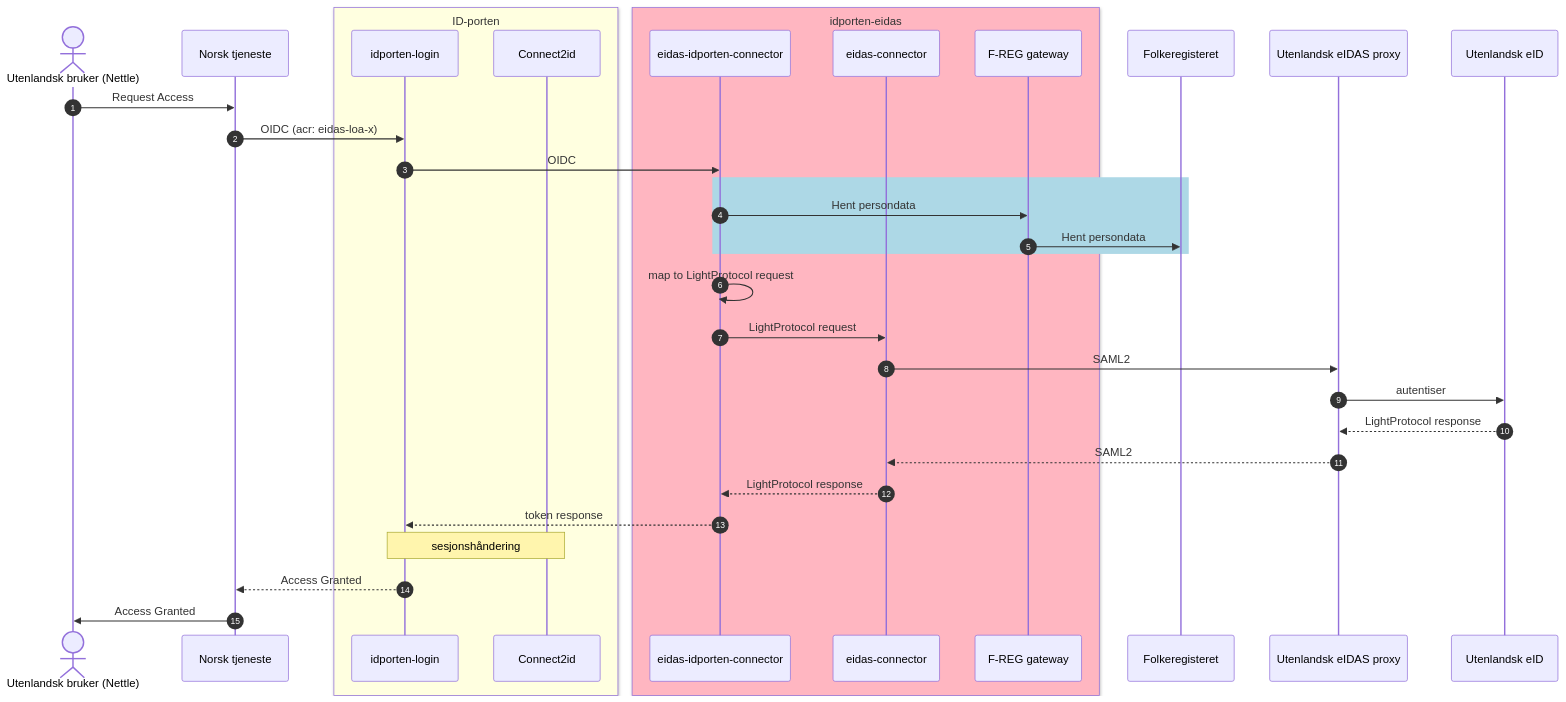
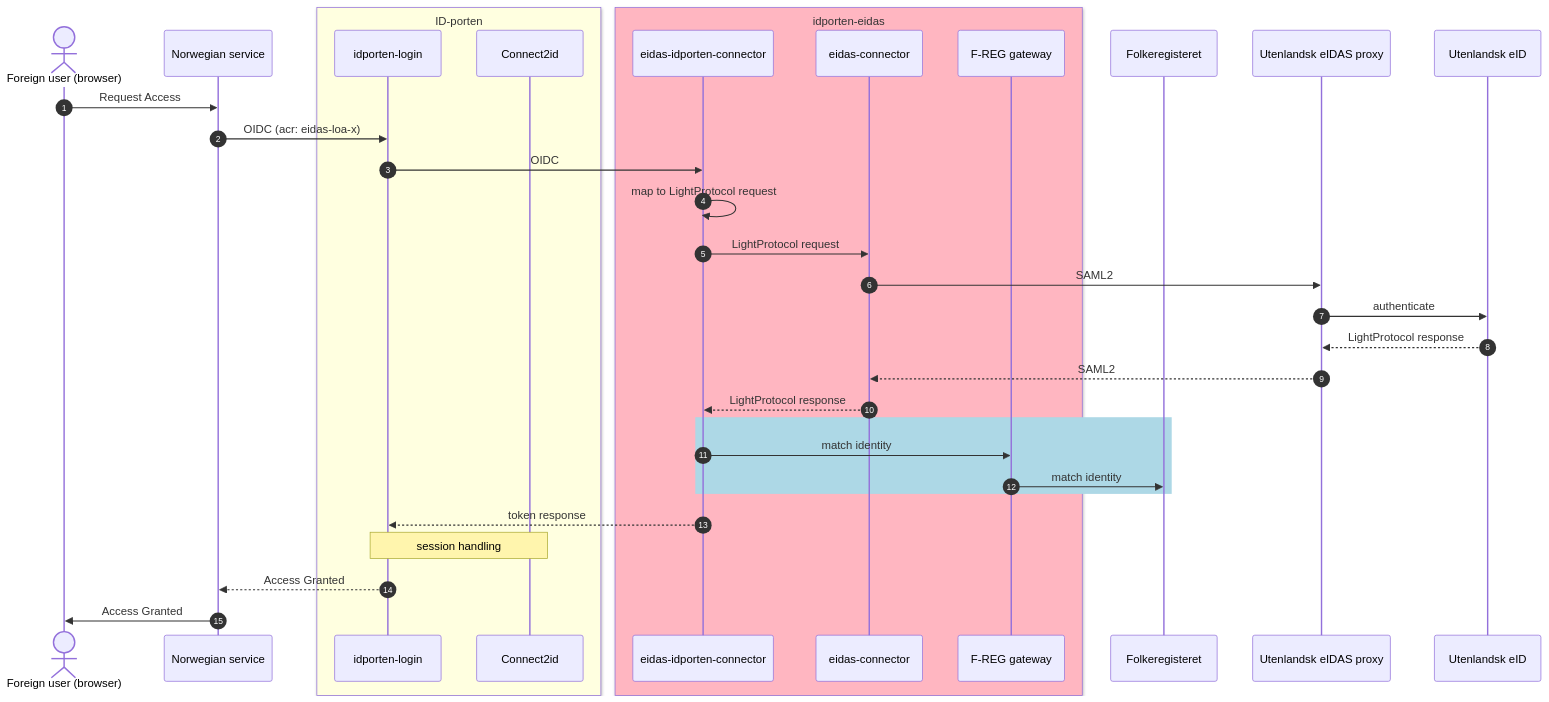
The second of 2 diagrams in README.md (felleslosninger/eidas-demo-countries), drawn with Mermaid before and after one commit. The commit also changed other lines of this file, not shown here.

Commit message:
ID-4195: oppdatert flytdiagram (#12)

````diff
--- a/README.md
+++ b/README.md
@@ -77,38 +78,38 @@
 ```mermaid  
 sequenceDiagram
 autonumber
-    actor User as Utenlandsk bruker (Nettle)
-    participant SP as Norsk tjeneste
+    actor User as Foreign user (browser)
+    participant SP as Norwegian service
     box lightyellow ID-porten
     participant IL as idporten-login
     participant C2ID as Connect2id
     end
     box lightpink idporten-eidas
-        participant EL as eidas-idporten-connector
+        participant EC as eidas-idporten-connector
         participant NEC as eidas-connector
-
         participant FRGW as F-REG gateway
     end
     participant FR as Folkeregisteret
     participant UPS as Utenlandsk eIDAS proxy
     participant IDP as Utenlandsk eID
 
     User->>SP: Request Access
     SP->>IL: OIDC (acr: eidas-loa-x)
-    IL->>EL: OIDC
-    rect lightblue
-    EL->>FRGW: Hent persondata
-    FRGW->>FR: Hent persondata
-    end
-    EL->>EL: map to LightProtocol request
-    EL->>NEC: LightProtocol request
+    IL->>EC: OIDC
+
+    EC->>EC: map to LightProtocol request
+    EC->>NEC: LightProtocol request
     NEC->>UPS: SAML2
-    UPS->>IDP: autentiser
+    UPS->>IDP: authenticate
     IDP-->> UPS: LightProtocol response
     UPS-->>NEC: SAML2
-    NEC-->>EL: LightProtocol response
-    EL-->>IL: token response
-    Note over IL,C2ID: sesjonshåndering
+    NEC-->>EC: LightProtocol response
+    rect lightblue
+        EC->>FRGW: match identity
+        FRGW->>FR: match identity
+    end
+    EC-->>IL: token response
+    Note over IL,C2ID: session handling
     IL-->>SP: Access Granted
     SP->>User: Access Granted
 ```    
````
